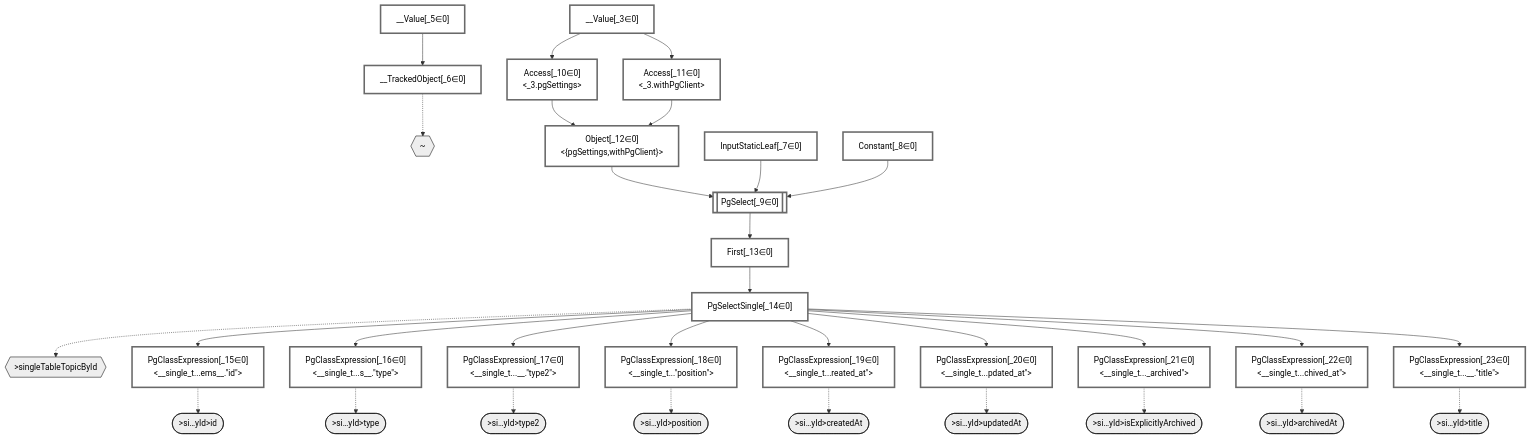
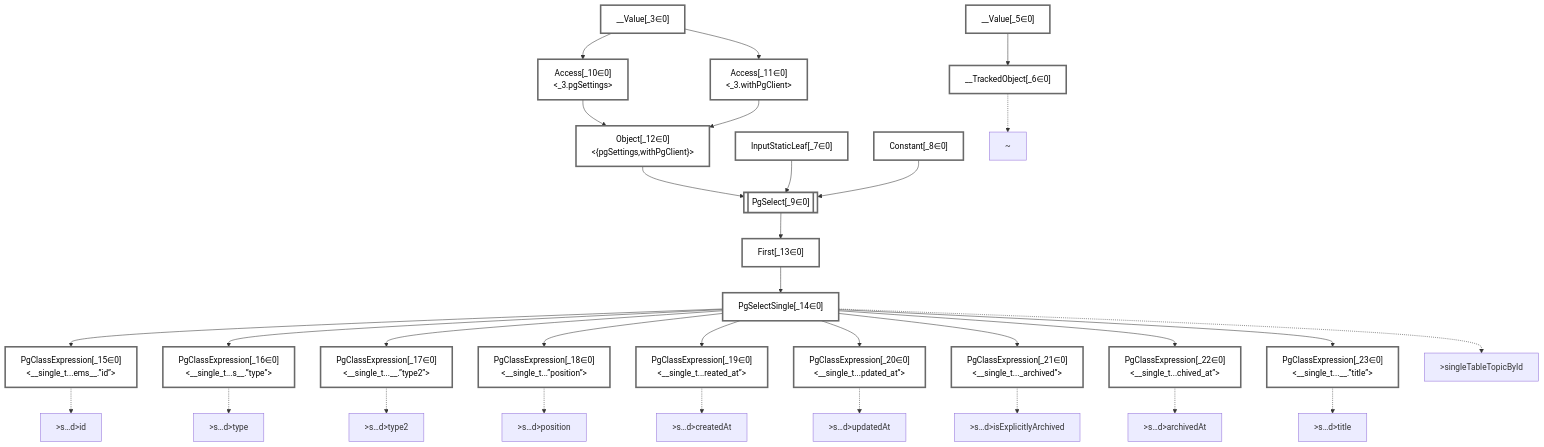
Before and after one commit to graphile/crystal: the diagram in packages/dataplan-pg/__tests__/queries/interfaces-single-table/single-topic-as-item.deopt.mermaid.md, drawn with Mermaid. The commit also changed 195 other files, not shown here.

```diff
--- a/packages/dataplan-pg/__tests__/queries/interfaces-single-table/single-topic-as-item.deopt.mermaid.md
+++ b/packages/dataplan-pg/__tests__/queries/interfaces-single-table/single-topic-as-item.deopt.mermaid.md
@@ -6,29 +6,6 @@
     classDef sideeffectplan fill:#f00,stroke-width:6px,color:#000
     classDef bucket fill:#f6f6f6,color:#000,stroke-width:6px
 
-    %% subgraph fields
-    P1{{"~"}}:::path
-    P2{{">singleTableTopicById"}}:::path
-    P3([">si…yId>id"]):::path
-    %% P2 -.-> P3
-    P4([">si…yId>type"]):::path
-    %% P2 -.-> P4
-    P5([">si…yId>type2"]):::path
-    %% P2 -.-> P5
-    P6([">si…yId>position"]):::path
-    %% P2 -.-> P6
-    P7([">si…yId>createdAt"]):::path
-    %% P2 -.-> P7
-    P8([">si…yId>updatedAt"]):::path
-    %% P2 -.-> P8
-    P9([">si…yId>isExplicitlyArchived"]):::path
-    %% P2 -.-> P9
-    P10([">si…yId>archivedAt"]):::path
-    %% P2 -.-> P10
-    P11([">si…yId>title"]):::path
-    %% P2 -.-> P11
-    %% P1 -.-> P2
-    %% end
 
     %% define plans
     __Value_3["__Value[_3∈0]<br /><context>"]:::plan
@@ -42,15 +19,15 @@
     Object_12["Object[_12∈0]<br /><{pgSettings,withPgClient}>"]:::plan
     First_13["First[_13∈0]"]:::plan
     PgSelectSingle_14["PgSelectSingle[_14∈0]<br /><single_table_items>"]:::plan
-    PgClassExpression_15["PgClassExpression[_15∈0]<br /><__single_t...ems__.#quot;id#quot;>"]:::plan
-    PgClassExpression_16["PgClassExpression[_16∈0]<br /><__single_t...s__.#quot;type#quot;>"]:::plan
-    PgClassExpression_17["PgClassExpression[_17∈0]<br /><__single_t...__.#quot;type2#quot;>"]:::plan
-    PgClassExpression_18["PgClassExpression[_18∈0]<br /><__single_t...#quot;position#quot;>"]:::plan
-    PgClassExpression_19["PgClassExpression[_19∈0]<br /><__single_t...reated_at#quot;>"]:::plan
-    PgClassExpression_20["PgClassExpression[_20∈0]<br /><__single_t...pdated_at#quot;>"]:::plan
-    PgClassExpression_21["PgClassExpression[_21∈0]<br /><__single_t..._archived#quot;>"]:::plan
-    PgClassExpression_22["PgClassExpression[_22∈0]<br /><__single_t...chived_at#quot;>"]:::plan
-    PgClassExpression_23["PgClassExpression[_23∈0]<br /><__single_t...__.#quot;title#quot;>"]:::plan
+    PgClassExpression_15["PgClassExpression[_15∈0]<br /><__single_t...ems__.”id”>"]:::plan
+    PgClassExpression_16["PgClassExpression[_16∈0]<br /><__single_t...s__.”type”>"]:::plan
+    PgClassExpression_17["PgClassExpression[_17∈0]<br /><__single_t...__.”type2”>"]:::plan
+    PgClassExpression_18["PgClassExpression[_18∈0]<br /><__single_t...”position”>"]:::plan
+    PgClassExpression_19["PgClassExpression[_19∈0]<br /><__single_t...reated_at”>"]:::plan
+    PgClassExpression_20["PgClassExpression[_20∈0]<br /><__single_t...pdated_at”>"]:::plan
+    PgClassExpression_21["PgClassExpression[_21∈0]<br /><__single_t..._archived”>"]:::plan
+    PgClassExpression_22["PgClassExpression[_22∈0]<br /><__single_t...chived_at”>"]:::plan
+    PgClassExpression_23["PgClassExpression[_23∈0]<br /><__single_t...__.”title”>"]:::plan
 
     %% plan dependencies
     __Value_5 --> __TrackedObject_6
@@ -74,16 +51,27 @@
     PgSelectSingle_14 --> PgClassExpression_23
 
     %% plan-to-path relationships
+    P1["~"]
     __TrackedObject_6 -.-> P1
+    P2[">singleTableTopicById"]
     PgSelectSingle_14 -.-> P2
+    P3[">s…d>id"]
     PgClassExpression_15 -.-> P3
+    P4[">s…d>type"]
     PgClassExpression_16 -.-> P4
+    P5[">s…d>type2"]
     PgClassExpression_17 -.-> P5
+    P6[">s…d>position"]
     PgClassExpression_18 -.-> P6
+    P7[">s…d>createdAt"]
     PgClassExpression_19 -.-> P7
+    P8[">s…d>updatedAt"]
     PgClassExpression_20 -.-> P8
+    P9[">s…d>isExplicitlyArchived"]
     PgClassExpression_21 -.-> P9
+    P10[">s…d>archivedAt"]
     PgClassExpression_22 -.-> P10
+    P11[">s…d>title"]
     PgClassExpression_23 -.-> P11
 
     %% allocate buckets
```
